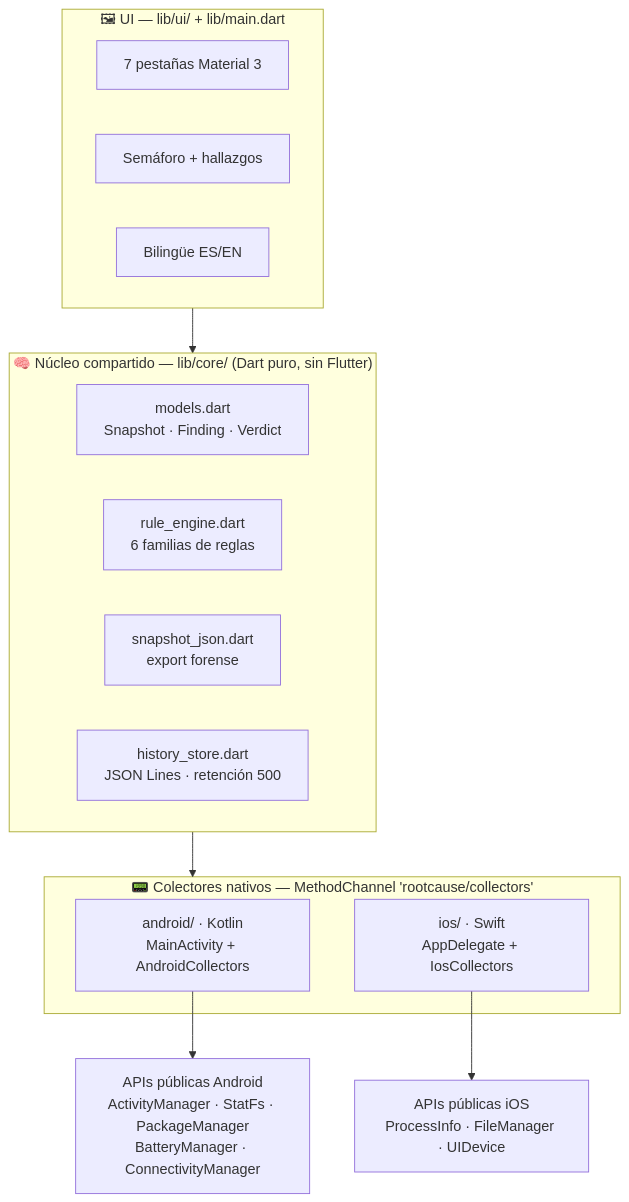
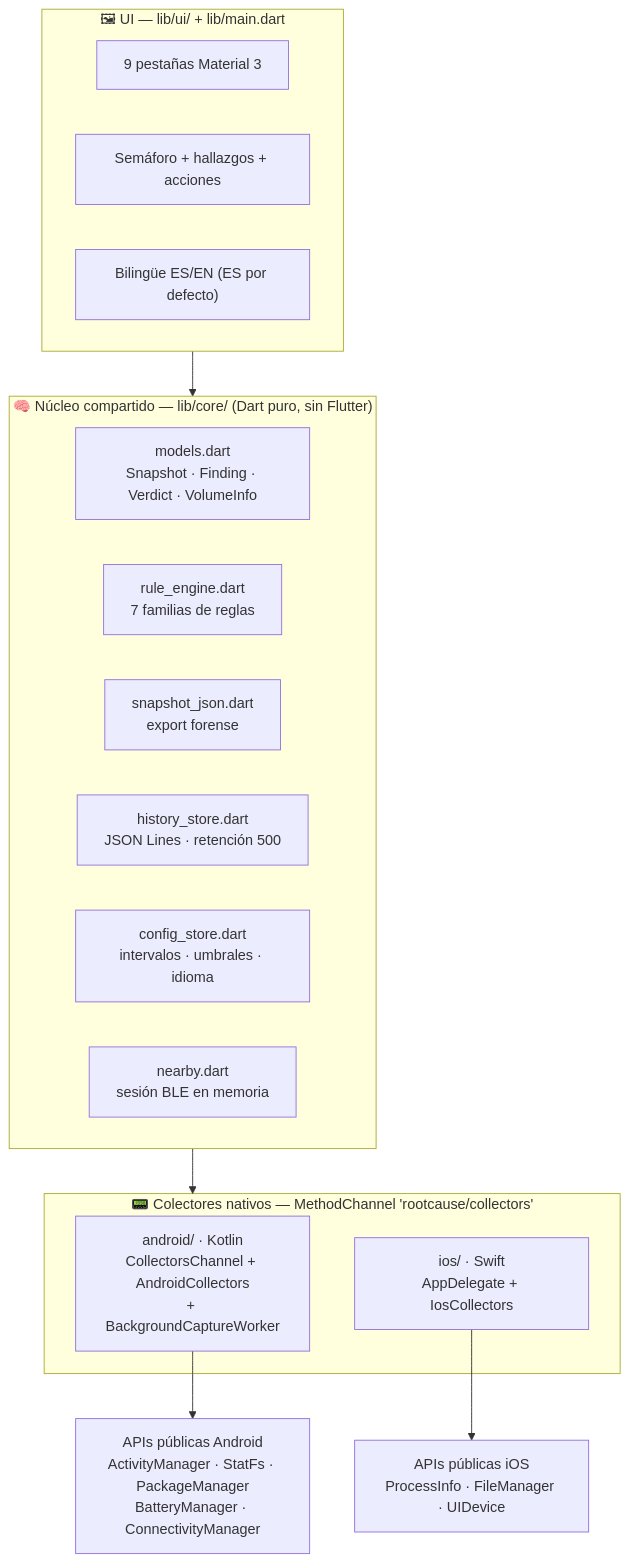
The first of 2 diagrams in docs/ARCHITECTURE.md (vladimiracunadev-create/rootcause-mobile-inspector), drawn with Mermaid before and after one commit. The commit also changed other lines of this file and 49 other files, not shown here.

````diff
--- a/docs/ARCHITECTURE.md
+++ b/docs/ARCHITECTURE.md
@@ -7,25 +7,27 @@
 ```mermaid
 flowchart TB
     subgraph UI["🖼 UI — lib/ui/ + lib/main.dart"]
-        TABS["7 pestañas Material 3"]
-        SEM["Semáforo + hallazgos"]
-        I18N["Bilingüe ES/EN"]
+        TABS["9 pestañas Material 3"]
+        SEM["Semáforo + hallazgos + acciones"]
+        I18N["Bilingüe ES/EN (ES por defecto)"]
     end
 
     subgraph CORE["🧠 Núcleo compartido — lib/core/ (Dart puro, sin Flutter)"]
-        MODELS["models.dart<br/>Snapshot · Finding · Verdict"]
-        ENGINE["rule_engine.dart<br/>6 familias de reglas"]
+        MODELS["models.dart<br/>Snapshot · Finding · Verdict · VolumeInfo"]
+        ENGINE["rule_engine.dart<br/>7 familias de reglas"]
         JSON["snapshot_json.dart<br/>export forense"]
         HIST["history_store.dart<br/>JSON Lines · retención 500"]
+        CFG["config_store.dart<br/>intervalos · umbrales · idioma"]
+        NEAR["nearby.dart<br/>sesión BLE en memoria"]
     end
 
     subgraph NATIVE["📟 Colectores nativos — MethodChannel 'rootcause/collectors'"]
-        KT["android/ · Kotlin<br/>MainActivity + AndroidCollectors"]
+        KT["android/ · Kotlin<br/>CollectorsChannel + AndroidCollectors<br/>+ BackgroundCaptureWorker"]
         SW["ios/ · Swift<br/>AppDelegate + IosCollectors"]
     end
 
     UI --> CORE
     CORE --> NATIVE
     KT --> API_A["APIs públicas Android<br/>ActivityManager · StatFs · PackageManager<br/>BatteryManager · ConnectivityManager"]
     SW --> API_I["APIs públicas iOS<br/>ProcessInfo · FileManager · UIDevice"]
 ```
````
